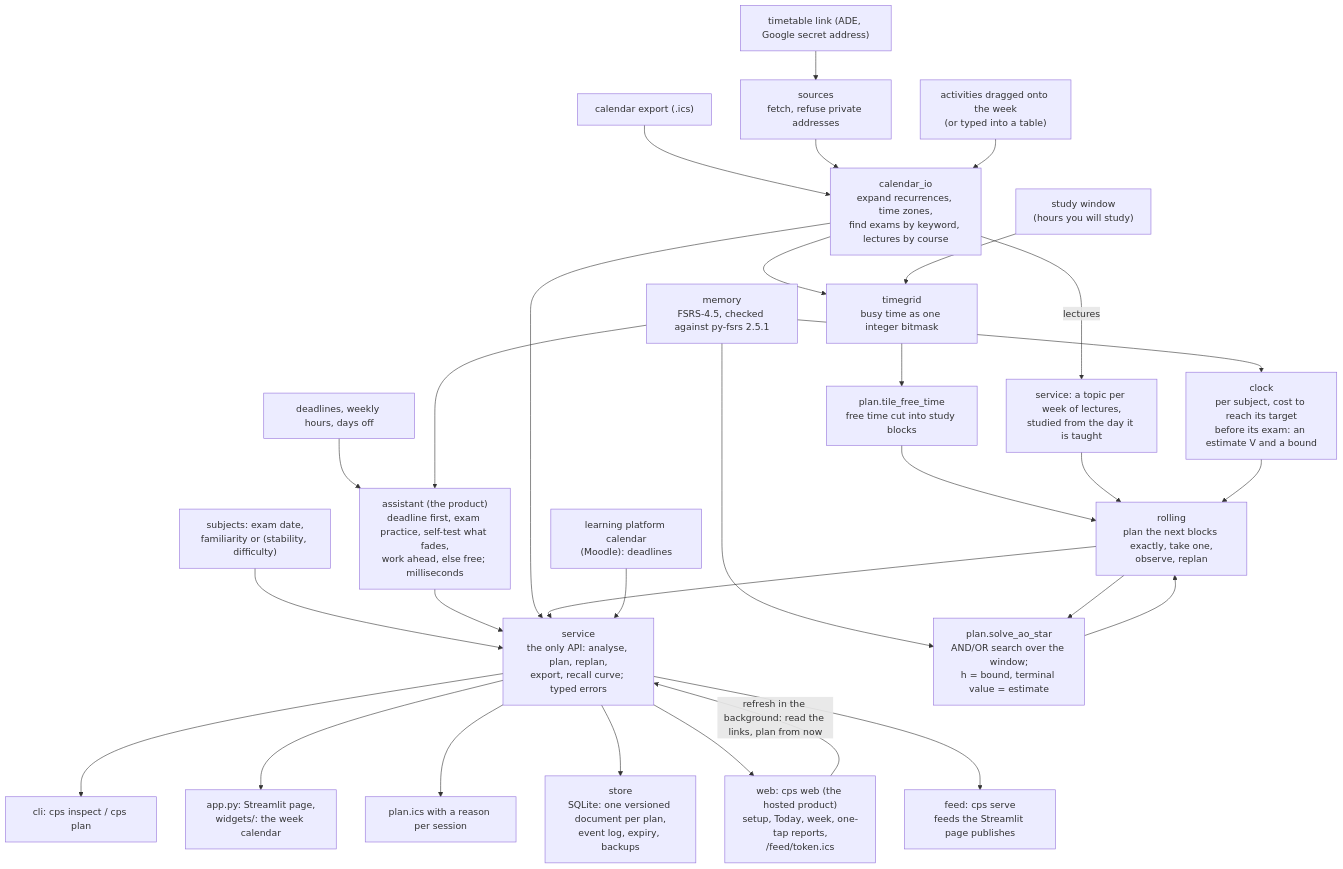
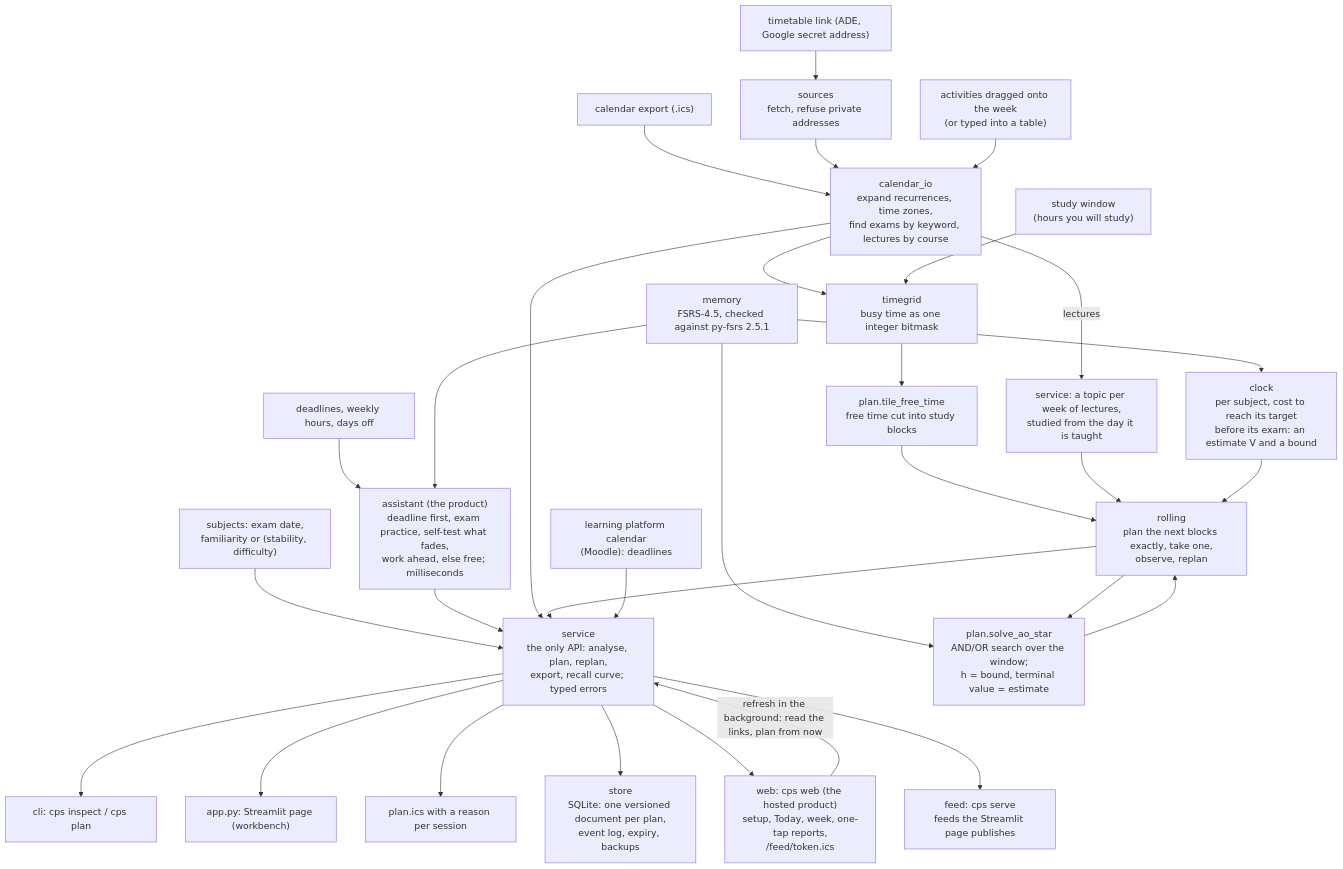
The diagram in docs/ARCHITECTURE.md (emanuelefrancescorestivo/Constrained-Path-Scheduler), drawn with Mermaid before and after one commit. The commit also changed other lines of this file and 17 other files, not shown here.

First line of the commit message:
Make the hosted app's week a calendar to drag on; readable labels

````diff
--- a/docs/ARCHITECTURE.md
+++ b/docs/ARCHITECTURE.md
@@ -6,36 +6,36 @@
 ```mermaid
 flowchart TD
     ICS["calendar export (.ics)"] --> CIO
     LINK["timetable link (ADE, Google secret address)"] --> SRC["sources<br/>fetch, refuse private addresses"]
     SRC --> CIO
     ROWS["activities dragged onto the week<br/>(or typed into a table)"] --> CIO
     CIO["calendar_io<br/>expand recurrences, time zones,<br/>find exams by keyword, lectures by course"] --> GRID
     WIN["study window<br/>(hours you will study)"] --> GRID
     GRID["timegrid<br/>busy time as one integer bitmask"] --> TILE
     TILE["plan.tile_free_time<br/>free time cut into study blocks"] --> ROLL
 
     SPEC["subjects: exam date,<br/>familiarity or (stability, difficulty)"] --> SVC
     CIO -- "lectures" --> TOPICS["service: a topic per week of lectures,<br/>studied from the day it is taught"]
     TOPICS --> ROLL
     MEM["memory<br/>FSRS-4.5, checked against py-fsrs 2.5.1"] --> CLOCK
     MEM --> AOSTAR
 
     TASKS["deadlines, weekly hours, days off"] --> ASSIST
     ASSIST["assistant (the product)<br/>deadline first, exam practice, self-test what fades,<br/>work ahead, else free; milliseconds"] --> SVC
     MEM --> ASSIST
     CLOCK["clock<br/>per subject, cost to reach its target<br/>before its exam: an estimate V and a bound"] --> ROLL
     ROLL["rolling<br/>plan the next blocks exactly, take one,<br/>observe, replan"] --> AOSTAR
     AOSTAR["plan.solve_ao_star<br/>AND/OR search over the window;<br/>h = bound, terminal value = estimate"] --> ROLL
 
     SVC["service<br/>the only API: analyse, plan, replan,<br/>export, recall curve; typed errors"]
     CIO --> SVC
     ROLL --> SVC
     SVC --> CLI["cli: cps inspect / cps plan"]
-    SVC --> APP["app.py: Streamlit page,<br/>widgets/: the week calendar"]
+    SVC --> APP["app.py: Streamlit page (workbench)"]
     SVC --> OUT["plan.ics with a reason per session"]
     SVC --> STORE["store<br/>SQLite: one versioned document per plan,<br/>event log, expiry, backups"]
     SVC --> WEB["web: cps web (the hosted product)<br/>setup, Today, week, one-tap reports,<br/>/feed/token.ics"]
     SVC --> FEED["feed: cps serve<br/>feeds the Streamlit page publishes"]
     MOODLE["learning platform calendar<br/>(Moodle): deadlines"] --> SVC
     WEB -- "refresh in the background: read the links, plan from now" --> SVC
 ```
````
